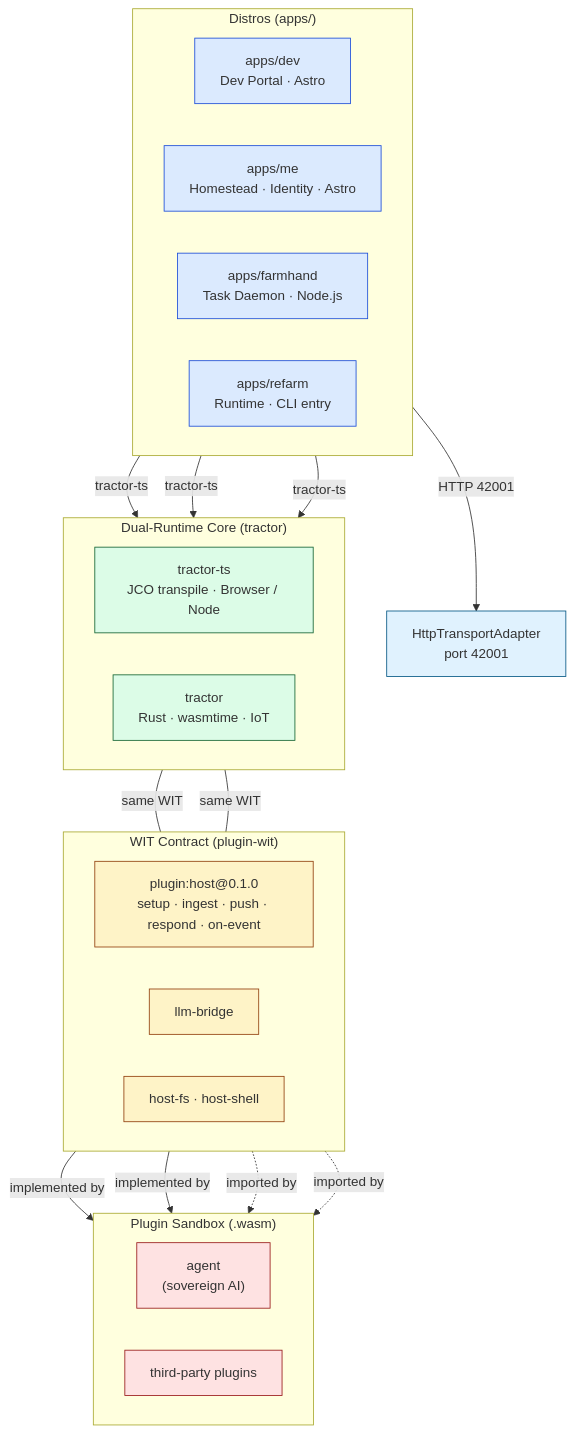
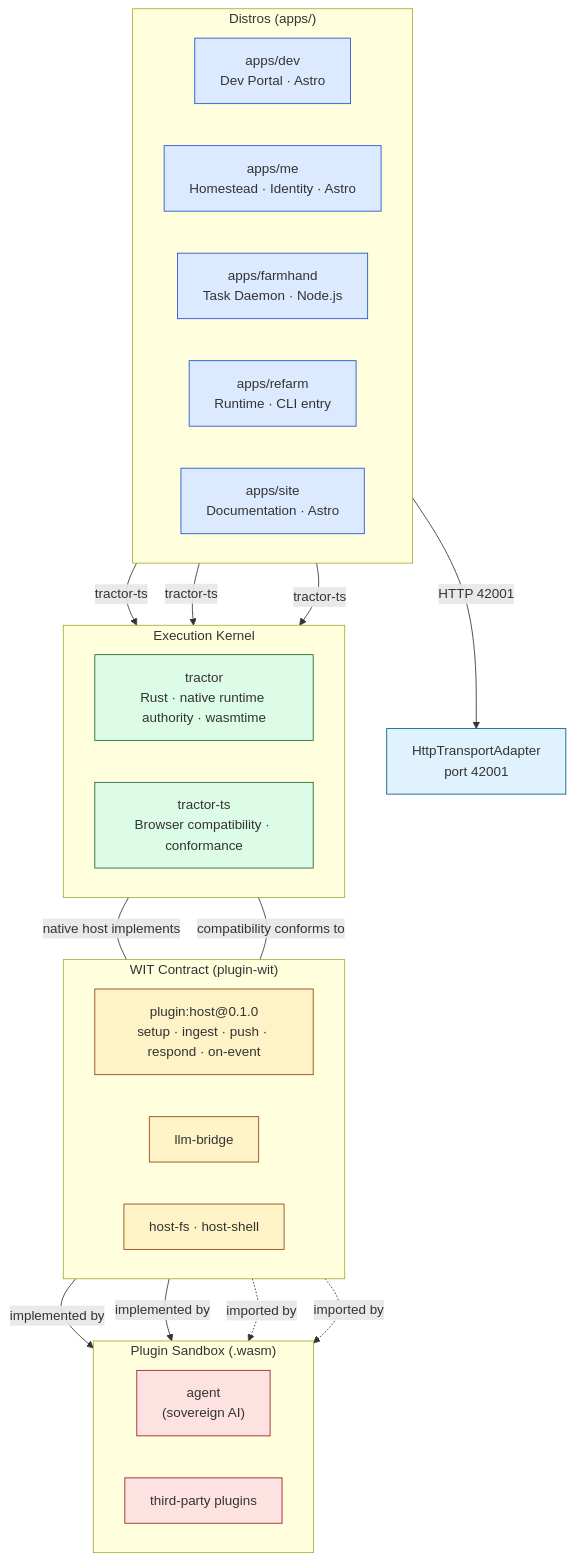
One commit to aretw0/refarm changed the diagram in specs/diagrams/architecture-layers--apps-runtime.mermaid. Above: the diagram before and after it, drawn with Mermaid. The commit also changed 6 other files, not shown here.

Commit message:
docs(architecture): align runtime authority diagrams

```diff
--- a/specs/diagrams/architecture-layers--apps-runtime.mermaid
+++ b/specs/diagrams/architecture-layers--apps-runtime.mermaid
@@ -1,54 +1,55 @@
 graph TD
     subgraph Apps["Distros  (apps/)"]
         direction LR
         Dev["apps/dev\nDev Portal · Astro"]
         Me["apps/me\nHomestead · Identity · Astro"]
         Farmhand["apps/farmhand\nTask Daemon · Node.js"]
         RefarmCLI["apps/refarm\nRuntime · CLI entry"]
+        Site["apps/site\nDocumentation · Astro"]
     end
 
-    subgraph Core["Dual-Runtime Core  (tractor)"]
+    subgraph Core["Execution Kernel"]
         direction LR
-        TractorTS["tractor-ts\nJCO transpile · Browser / Node"]
-        TractorRS["tractor\nRust · wasmtime · IoT"]
+        TractorRS["tractor\nRust · native runtime authority · wasmtime"]
+        TractorTS["tractor-ts\nBrowser compatibility · conformance"]
     end
 
     subgraph WIT["WIT Contract  (plugin-wit)"]
         direction LR
         WITPkg["plugin:host@0.1.0\nsetup · ingest · push · respond · on-event"]
         LLMBridge["llm-bridge"]
         AgentFS["host-fs · host-shell"]
     end
 
     subgraph Plugins["Plugin Sandbox  (.wasm)"]
         direction LR
         Agent["agent\n(sovereign AI)"]
         ThirdParty["third-party plugins"]
     end
 
     HttpAdapt["HttpTransportAdapter\nport 42001"]
 
     Dev -->|tractor-ts| TractorTS
     Me -->|tractor-ts| TractorTS
     Farmhand -->|tractor-ts| TractorTS
     RefarmCLI -->|"HTTP 42001"| HttpAdapt
 
-    TractorTS ---|"same WIT"| WITPkg
-    TractorRS ---|"same WIT"| WITPkg
+    TractorRS ---|"native host implements"| WITPkg
+    TractorTS ---|"compatibility conforms to"| WITPkg
 
     WITPkg -->|"implemented by"| Agent
     WITPkg -->|"implemented by"| ThirdParty
     LLMBridge -.->|"imported by"| Agent
     AgentFS -.->|"imported by"| Agent
 
     classDef app       fill:#dbeafe,stroke:#1d4ed8,stroke-width:1px;
     classDef core      fill:#dcfce7,stroke:#166534,stroke-width:1px;
     classDef wit       fill:#fef3c7,stroke:#92400e,stroke-width:1px;
     classDef plugin    fill:#fee2e2,stroke:#991b1b,stroke-width:1px;
     classDef transport fill:#e0f2fe,stroke:#075985,stroke-width:1px;
 
-    class Dev,Me,Farmhand,RefarmCLI app;
+    class Dev,Me,Farmhand,RefarmCLI,Site app;
     class TractorTS,TractorRS core;
     class WITPkg,LLMBridge,AgentFS wit;
     class Agent,ThirdParty plugin;
     class HttpAdapt transport;
```
